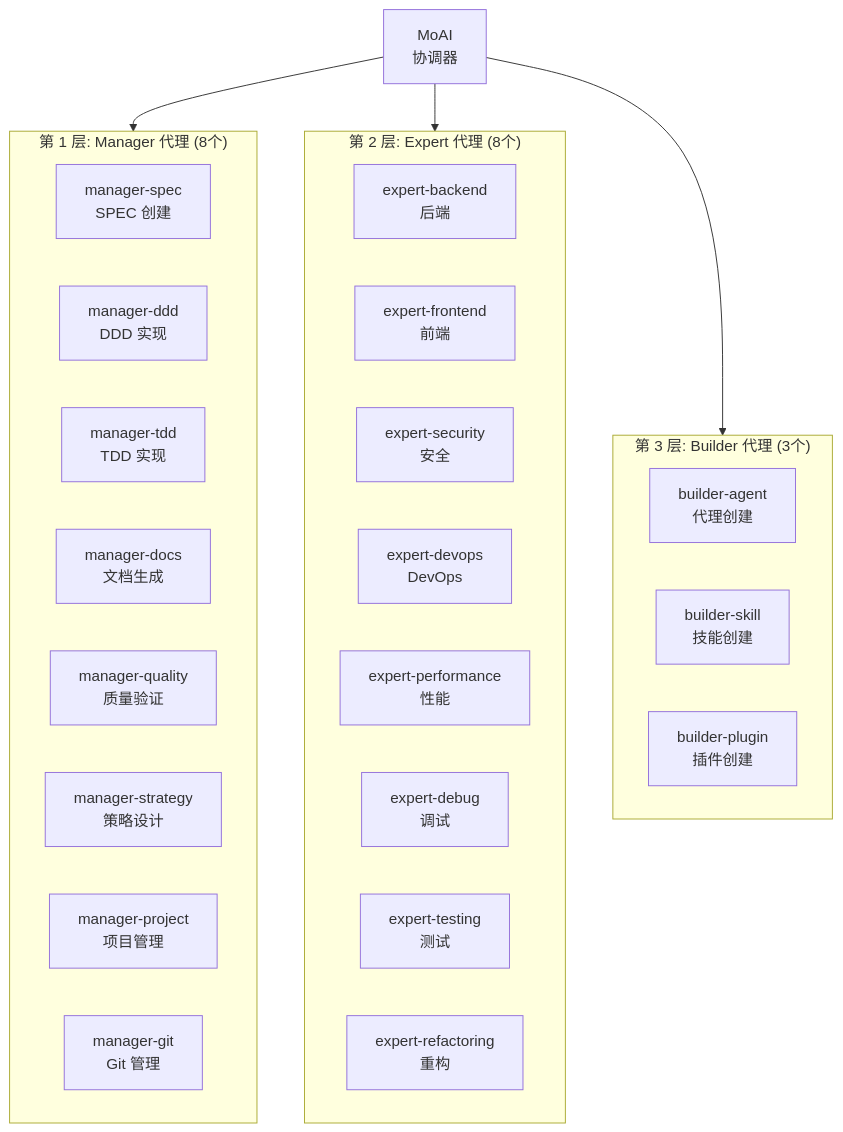
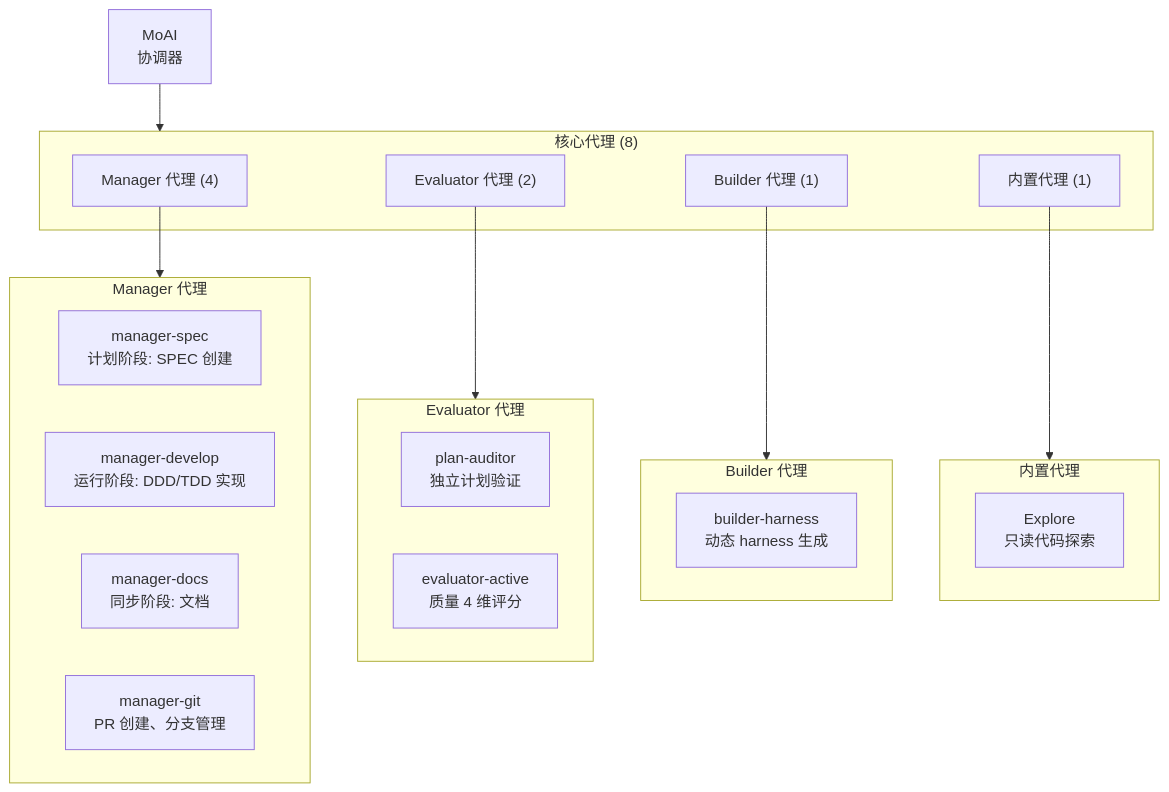
The second of 4 diagrams in docs-site/content/zh/advanced/agent-guide.md (modu-ai/moai-adk), drawn with Mermaid before and after one commit. The commit also changed other lines of this file and 153 other files, not shown here.

````diff
--- a/docs-site/content/zh/advanced/agent-guide.md
+++ b/docs-site/content/zh/advanced/agent-guide.md
@@ -58,36 +59,37 @@
 ```mermaid
 flowchart TD
     MOAI["MoAI<br/>协调器"]
 
-    subgraph TIER1["第 1 层: Manager 代理 (8个)"]
-        MS["manager-spec<br/>SPEC 创建"]
-        MD["manager-ddd<br/>DDD 实现"]
-        MT["manager-tdd<br/>TDD 实现"]
-        MDOC["manager-docs<br/>文档生成"]
-        MQ["manager-quality<br/>质量验证"]
-        MST["manager-strategy<br/>策略设计"]
-        MP["manager-project<br/>项目管理"]
-        MG["manager-git<br/>Git 管理"]
+    subgraph CORE["核心代理 (8)"]
+        MANAGER["Manager 代理 (4)"]
+        EVAL["Evaluator 代理 (2)"]
+        BUILDER["Builder 代理 (1)"]
+        EXPLORE["内置代理 (1)"]
     end
 
-    subgraph TIER2["第 2 层: Expert 代理 (8个)"]
-        EB["expert-backend<br/>后端"]
-        EF["expert-frontend<br/>前端"]
-        ES["expert-security<br/>安全"]
-        ED["expert-devops<br/>DevOps"]
-        EP["expert-performance<br/>性能"]
-        EDB["expert-debug<br/>调试"]
-        ET["expert-testing<br/>测试"]
-        ER["expert-refactoring<br/>重构"]
+    subgraph MANAGERAGENTS["Manager 代理"]
+        MS["manager-spec<br/>计划阶段: SPEC 创建"]
+        MD["manager-develop<br/>运行阶段: DDD/TDD 实现"]
+        MDOC["manager-docs<br/>同步阶段: 文档"]
+        MG["manager-git<br/>PR 创建、分支管理"]
     end
 
-    subgraph TIER3["第 3 层: Builder 代理 (3个)"]
-        BA["builder-agent<br/>代理创建"]
-        BS["builder-skill<br/>技能创建"]
-        BP["builder-plugin<br/>插件创建"]
+    subgraph EVALS["Evaluator 代理"]
+        PA["plan-auditor<br/>独立计划验证"]
+        EA["evaluator-active<br/>质量 4 维评分"]
     end
 
-    MOAI --> TIER1
-    MOAI --> TIER2
-    MOAI --> TIER3
+    subgraph BUILDERS["Builder 代理"]
+        BH["builder-harness<br/>动态 harness 生成"]
+    end
+
+    subgraph EXPLOREAGENT["内置代理"]
+        EXP["Explore<br/>只读代码探索"]
+    end
+
+    MOAI --> CORE
+    MANAGER --> MANAGERAGENTS
+    EVAL --> EVALS
+    BUILDER --> BUILDERS
+    EXPLORE --> EXPLOREAGENT
 ```
````
